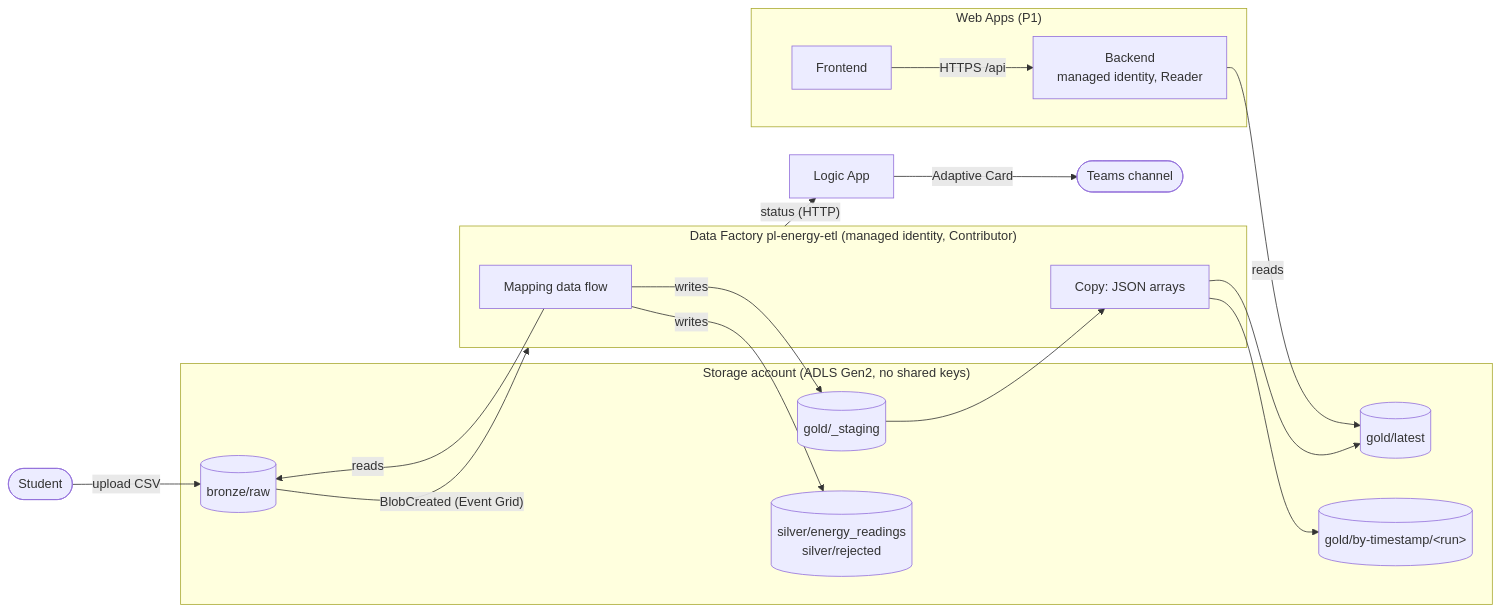
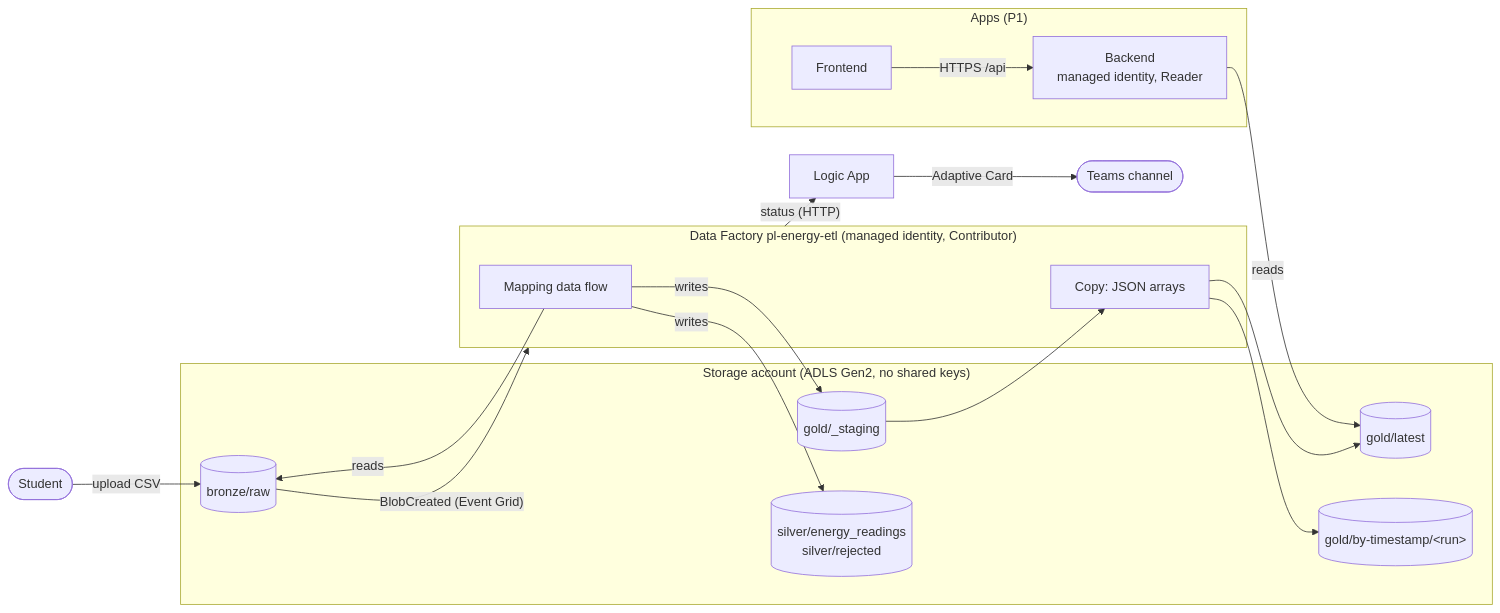
Before and after one commit to agi1clj/CC2026_DS_Infra: the fourth of 4 diagrams in docs/architecture.md, drawn with Mermaid. The commit also changed 2 other files, not shown here.

Commit message:
docs: say apps, not Web Apps (bootstrap, AGENTS, architecture)

````diff
--- a/docs/architecture.md
+++ b/docs/architecture.md
@@ -106,30 +106,30 @@
 ```mermaid
 flowchart LR
     admin([Student])
     subgraph lake["Storage account (ADLS Gen2, no shared keys)"]
         bronze[(bronze/raw)]
         silver[(silver/energy_readings<br/>silver/rejected)]
         staging[(gold/_staging)]
         hist[(gold/by-timestamp/&lt;run&gt;)]
         latest[(gold/latest)]
     end
     subgraph adf["Data Factory pl-energy-etl (managed identity, Contributor)"]
         flow[Mapping data flow]
         copy[Copy: JSON arrays]
     end
     logic[Logic App]
     teams([Teams channel])
-    subgraph web["Web Apps (P1)"]
+    subgraph web["Apps (P1)"]
         be[Backend<br/>managed identity, Reader]
         fe[Frontend]
     end
 
     admin -- "upload CSV" --> bronze
     bronze -- "BlobCreated (Event Grid)" --> adf
     flow -- "reads" --> bronze
     flow -- "writes" --> silver & staging
     staging --> copy --> hist & latest
     adf -- "status (HTTP)" --> logic -- "Adaptive Card" --> teams
     be -- "reads" --> latest
     fe -- "HTTPS /api" --> be
 ```
````
